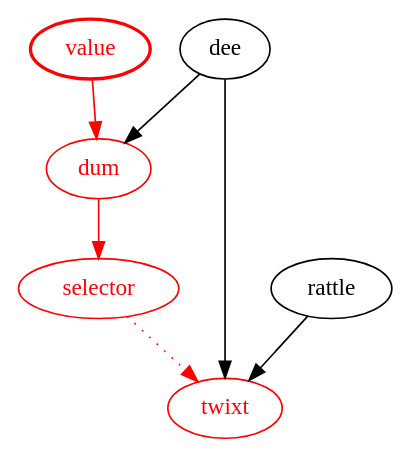
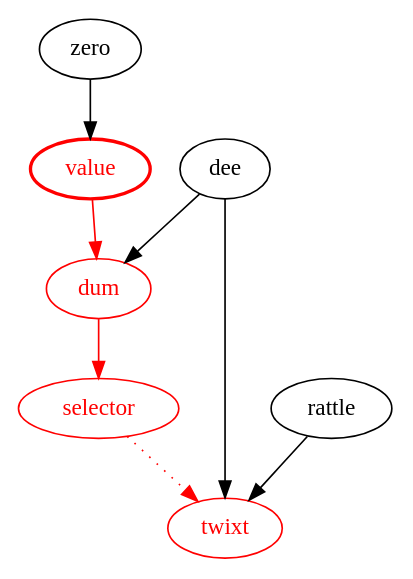
Before and after one commit to SamWilsn/writing: the first of 6 diagrams in taint/index.md, drawn with Graphviz. The commit also changed other lines of this file, not shown here.

````diff
--- a/taint/index.md
+++ b/taint/index.md
@@ -51,16 +60,17 @@
 ```graphviz
 digraph tweedle {
     value               [fontcolor=red, color=red, style=bold];
     dum                 [fontcolor=red, color=red];
     selector            [fontcolor=red, color=red];
     twixt               [fontcolor=red, color=red]
     
+    zero -> value
     value -> dum        [color=red]
     dee -> dum
     dum -> selector     [color=red]
     
     selector -> twixt   [color=red, style=dotted]
     rattle -> twixt
     dee -> twixt
 }
 ```
````
